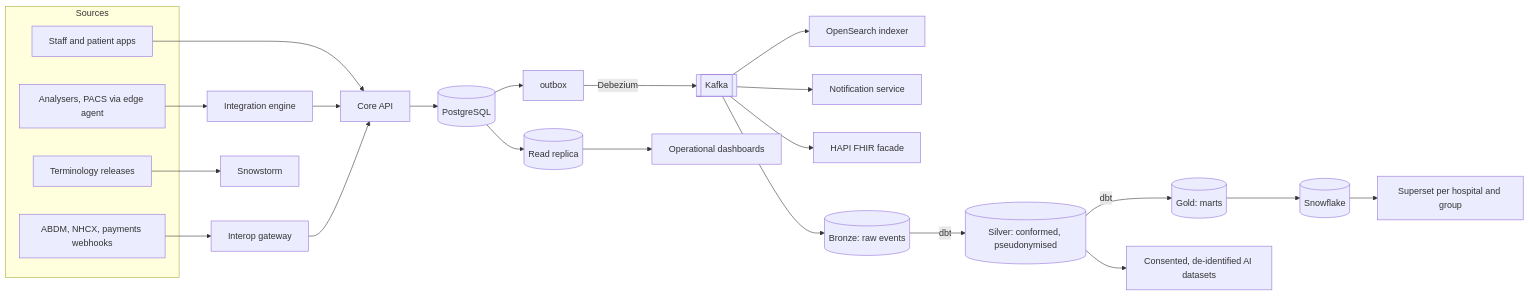
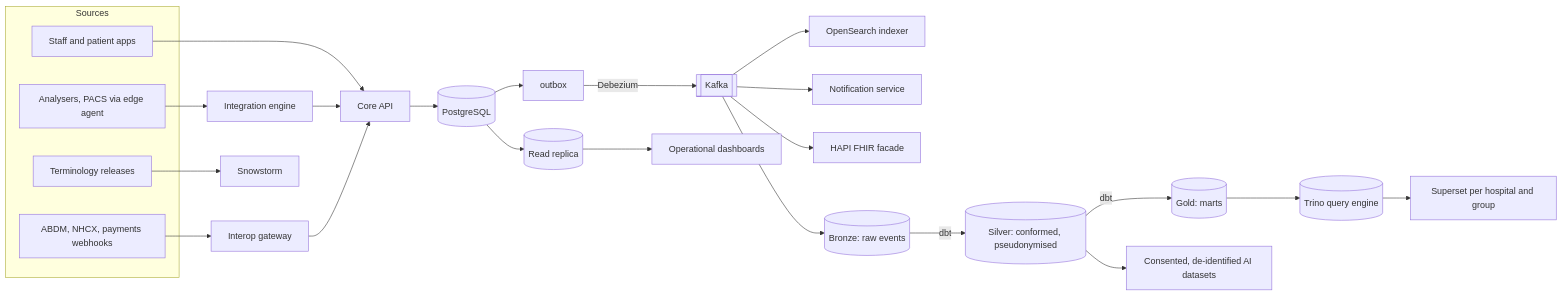
Before and after one commit to docpadsolutions-ai/docpad-clean: the second of 10 diagrams in docs/architecture/TARGET-ARCHITECTURE.md, drawn with Mermaid. The commit also changed other lines of this file and 1 other file, not shown here.

````diff
--- a/docs/architecture/TARGET-ARCHITECTURE.md
+++ b/docs/architecture/TARGET-ARCHITECTURE.md
@@ -283,26 +333,26 @@
 ```mermaid
 flowchart LR
   subgraph SRC[Sources]
     UI[Staff and patient apps]
     DEV[Analysers, PACS via edge agent]
     EXT[ABDM, NHCX, payments webhooks]
     REF[Terminology releases]
   end
   UI --> API[Core API]
   DEV --> IE[Integration engine] --> API
   EXT --> INT[Interop gateway] --> API
   REF --> TS[Snowstorm]
   API --> PG[(PostgreSQL)]
   PG --> OB[outbox]
   OB -- Debezium --> K[[Kafka]]
   K --> SEARCH[OpenSearch indexer]
   K --> NOTIF[Notification service]
   K --> FHIR[HAPI FHIR facade]
   K --> BR[(Bronze: raw events)]
   BR -- dbt --> SI[(Silver: conformed, pseudonymised)]
   SI -- dbt --> GO[(Gold: marts)]
-  GO --> SF[(Snowflake)]
+  GO --> SF[(Trino query engine)]
   SF --> BI[Superset per hospital and group]
   SI --> ML[Consented, de-identified AI datasets]
   PG --> RR[(Read replica)] --> OPS[Operational dashboards]
 ```
````
